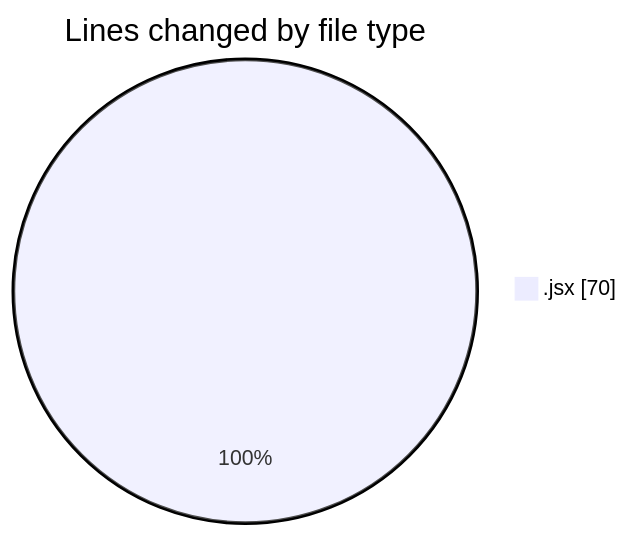
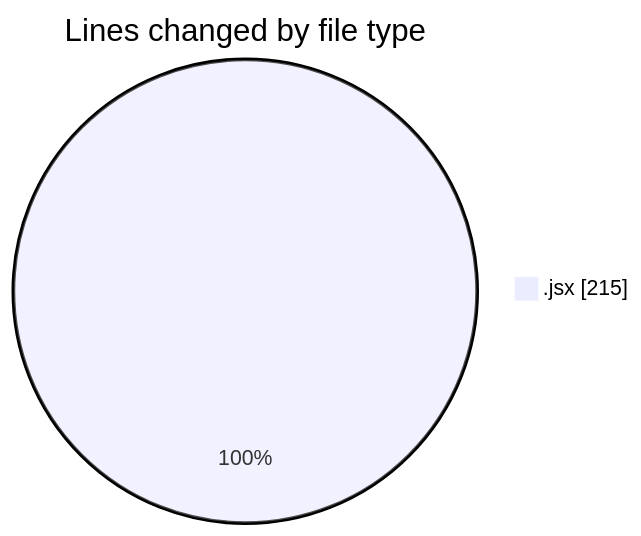
The first of 2 diagrams in 2025-05-08/recipe-app/README.md (BS-eng2023/code-tracking), drawn with Mermaid before and after one commit. The commit also changed other lines of this file and 1 other file, not shown here.

````diff
--- a/2025-05-08/recipe-app/README.md
+++ b/2025-05-08/recipe-app/README.md
@@ -20,5 +21,5 @@
 ```mermaid
 pie showData
 title Lines changed by file type
-".jsx" : 70
+".jsx" : 215
 ```
````
